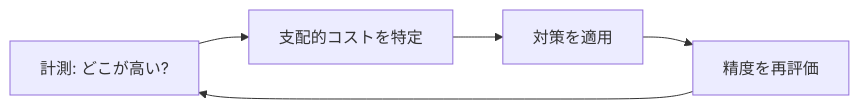
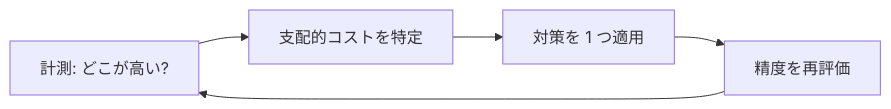
The second of 6 diagrams in src/content/docs/cost-roi/optimization.md (mike-sugimoto/ai-tech-notes), drawn with Mermaid before and after one commit. The commit also changed other lines of this file and 4 other files, not shown here.

````diff
--- a/src/content/docs/cost-roi/optimization.md
+++ b/src/content/docs/cost-roi/optimization.md
@@ -24,7 +44,7 @@
 ```mermaid
 flowchart LR
     MEASURE[計測: どこが高い?] --> TARGET[支配的コストを特定]
-    TARGET --> APPLY[対策を適用]
+    TARGET --> APPLY[対策を 1 つ適用]
     APPLY --> EVAL[精度を再評価]
     EVAL --> MEASURE
 ```
````
